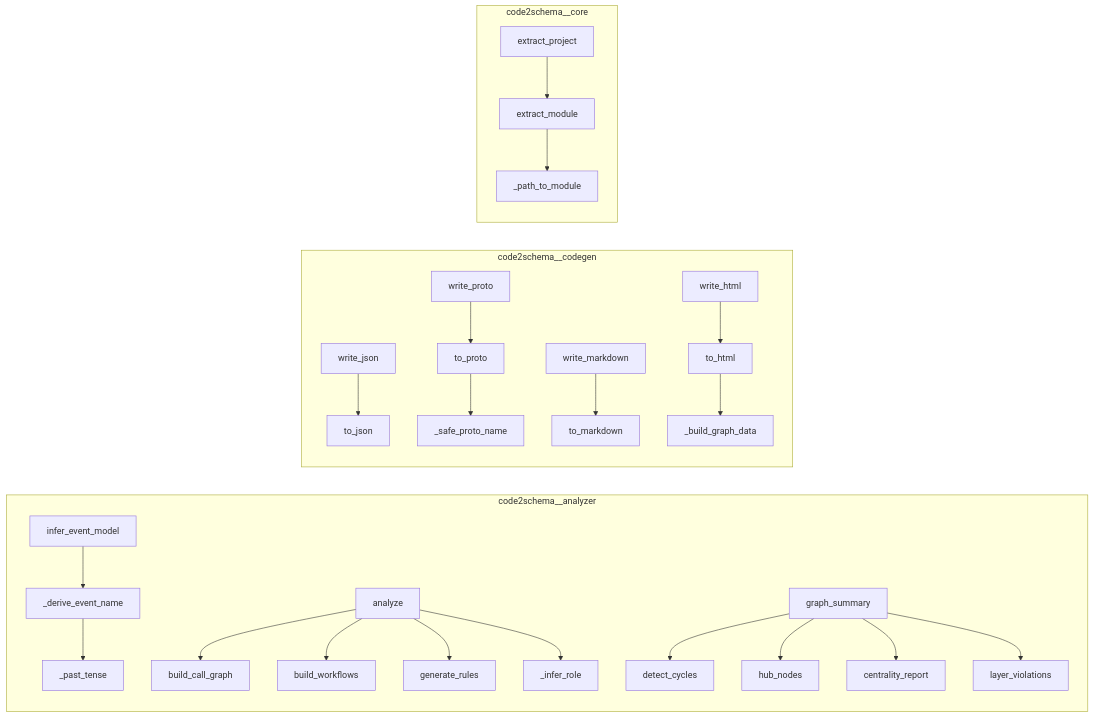
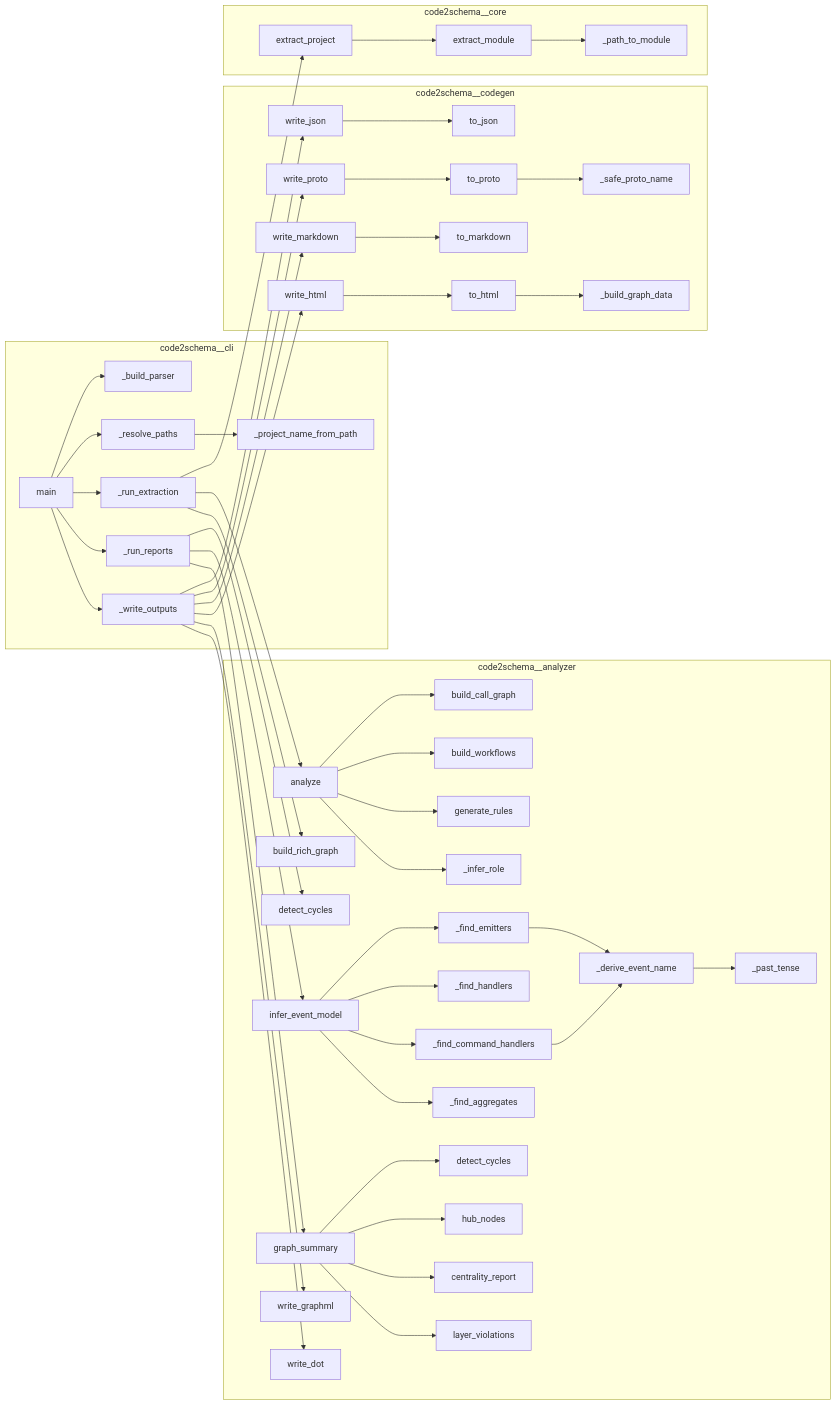
Before and after one commit to semcod/code2schema: the diagram in project/calls.mmd, drawn with Mermaid. The commit also changed 36 other files, not shown here.

```diff
--- a/project/calls.mmd
+++ b/project/calls.mmd
@@ -1,51 +1,92 @@
 flowchart LR
+%% generated in 0.00s
     subgraph code2schema__analyzer
         code2schema__analyzer__cqrs__build_call_graph["build_call_graph"]
+        code2schema__analyzer__graph__build_rich_graph["build_rich_graph"]
+        code2schema__analyzer__graph__write_dot["write_dot"]
+        code2schema__analyzer__cqrs__generate_rules["generate_rules"]
+        code2schema__analyzer__graph__centrality_report["centrality_report"]
         code2schema__analyzer__events___derive_event_name["_derive_event_name"]
+        code2schema__analyzer__events___find_command_handlers["_find_command_handlers"]
+        code2schema__analyzer__graph__layer_violations["layer_violations"]
+        code2schema__analyzer__events___find_handlers["_find_handlers"]
+        code2schema__analyzer__events__infer_event_model["infer_event_model"]
+        code2schema__analyzer__cqrs__analyze["analyze"]
+        code2schema__analyzer__graph__hub_nodes["hub_nodes"]
+        code2schema__analyzer__events___find_aggregates["_find_aggregates"]
+        code2schema__analyzer__cqrs__build_workflows["build_workflows"]
+        code2schema__analyzer__graph__detect_cycles["detect_cycles"]
+        code2schema__analyzer__graph__graph_summary["graph_summary"]
+        code2schema__analyzer__cqrs__detect_cycles["detect_cycles"]
+        code2schema__analyzer__events___find_emitters["_find_emitters"]
+        code2schema__analyzer__graph__write_graphml["write_graphml"]
         code2schema__analyzer__cqrs___infer_role["_infer_role"]
-        code2schema__analyzer__cqrs__build_workflows["build_workflows"]
-        code2schema__analyzer__events__infer_event_model["infer_event_model"]
-        code2schema__analyzer__graph__layer_violations["layer_violations"]
-        code2schema__analyzer__graph__centrality_report["centrality_report"]
-        code2schema__analyzer__graph__detect_cycles["detect_cycles"]
-        code2schema__analyzer__cqrs__generate_rules["generate_rules"]
-        code2schema__analyzer__graph__graph_summary["graph_summary"]
-        code2schema__analyzer__graph__hub_nodes["hub_nodes"]
-        code2schema__analyzer__cqrs__analyze["analyze"]
         code2schema__analyzer__events___past_tense["_past_tense"]
     end
+    subgraph code2schema__cli
+        code2schema__cli___build_parser["_build_parser"]
+        code2schema__cli___resolve_paths["_resolve_paths"]
+        code2schema__cli___project_name_from_path["_project_name_from_path"]
+        code2schema__cli___write_outputs["_write_outputs"]
+        code2schema__cli___run_extraction["_run_extraction"]
+        code2schema__cli___run_reports["_run_reports"]
+        code2schema__cli__main["main"]
+    end
     subgraph code2schema__codegen
+        code2schema__codegen__to_json["to_json"]
+        code2schema__codegen___safe_proto_name["_safe_proto_name"]
+        code2schema__codegen__write_markdown["write_markdown"]
+        code2schema__codegen__write_proto["write_proto"]
+        code2schema__codegen__to_markdown["to_markdown"]
+        code2schema__codegen__visualizer__write_html["write_html"]
+        code2schema__codegen__to_proto["to_proto"]
         code2schema__codegen__write_json["write_json"]
-        code2schema__codegen__to_proto["to_proto"]
-        code2schema__codegen__to_markdown["to_markdown"]
-        code2schema__codegen__write_markdown["write_markdown"]
-        code2schema__codegen___safe_proto_name["_safe_proto_name"]
-        code2schema__codegen__to_json["to_json"]
-        code2schema__codegen__write_proto["write_proto"]
         code2schema__codegen__visualizer__to_html["to_html"]
         code2schema__codegen__visualizer___build_graph_data["_build_graph_data"]
-        code2schema__codegen__visualizer__write_html["write_html"]
     end
     subgraph code2schema__core
-        code2schema__core__extractor__extract_project["extract_project"]
         code2schema__core__extractor__extract_module["extract_module"]
         code2schema__core__extractor___path_to_module["_path_to_module"]
+        code2schema__core__extractor__extract_project["extract_project"]
     end
-    code2schema__analyzer__events__infer_event_model --> code2schema__analyzer__events___derive_event_name
-    code2schema__analyzer__events___derive_event_name --> code2schema__analyzer__events___past_tense
     code2schema__analyzer__cqrs__analyze --> code2schema__analyzer__cqrs__build_call_graph
     code2schema__analyzer__cqrs__analyze --> code2schema__analyzer__cqrs__build_workflows
     code2schema__analyzer__cqrs__analyze --> code2schema__analyzer__cqrs__generate_rules
     code2schema__analyzer__cqrs__analyze --> code2schema__analyzer__cqrs___infer_role
     code2schema__analyzer__graph__graph_summary --> code2schema__analyzer__graph__detect_cycles
     code2schema__analyzer__graph__graph_summary --> code2schema__analyzer__graph__hub_nodes
     code2schema__analyzer__graph__graph_summary --> code2schema__analyzer__graph__centrality_report
     code2schema__analyzer__graph__graph_summary --> code2schema__analyzer__graph__layer_violations
     code2schema__core__extractor__extract_module --> code2schema__core__extractor___path_to_module
     code2schema__core__extractor__extract_project --> code2schema__core__extractor__extract_module
     code2schema__codegen__write_json --> code2schema__codegen__to_json
     code2schema__codegen__to_proto --> code2schema__codegen___safe_proto_name
     code2schema__codegen__write_proto --> code2schema__codegen__to_proto
     code2schema__codegen__write_markdown --> code2schema__codegen__to_markdown
     code2schema__codegen__visualizer__to_html --> code2schema__codegen__visualizer___build_graph_data
     code2schema__codegen__visualizer__write_html --> code2schema__codegen__visualizer__to_html
+    code2schema__cli___resolve_paths --> code2schema__cli___project_name_from_path
+    code2schema__cli___run_extraction --> code2schema__core__extractor__extract_project
+    code2schema__cli___run_extraction --> code2schema__analyzer__cqrs__analyze
+    code2schema__cli___run_extraction --> code2schema__analyzer__graph__build_rich_graph
+    code2schema__cli___run_reports --> code2schema__analyzer__cqrs__detect_cycles
+    code2schema__cli___run_reports --> code2schema__analyzer__events__infer_event_model
+    code2schema__cli___run_reports --> code2schema__analyzer__graph__graph_summary
+    code2schema__cli___write_outputs --> code2schema__codegen__write_json
+    code2schema__cli___write_outputs --> code2schema__codegen__write_proto
+    code2schema__cli___write_outputs --> code2schema__codegen__write_markdown
+    code2schema__cli___write_outputs --> code2schema__codegen__visualizer__write_html
+    code2schema__cli___write_outputs --> code2schema__analyzer__graph__write_graphml
+    code2schema__cli___write_outputs --> code2schema__analyzer__graph__write_dot
+    code2schema__cli__main --> code2schema__cli___build_parser
+    code2schema__cli__main --> code2schema__cli___resolve_paths
+    code2schema__cli__main --> code2schema__cli___run_extraction
+    code2schema__cli__main --> code2schema__cli___run_reports
+    code2schema__cli__main --> code2schema__cli___write_outputs
+    code2schema__analyzer__events___find_emitters --> code2schema__analyzer__events___derive_event_name
+    code2schema__analyzer__events___find_command_handlers --> code2schema__analyzer__events___derive_event_name
+    code2schema__analyzer__events__infer_event_model --> code2schema__analyzer__events___find_emitters
+    code2schema__analyzer__events__infer_event_model --> code2schema__analyzer__events___find_handlers
+    code2schema__analyzer__events__infer_event_model --> code2schema__analyzer__events___find_command_handlers
+    code2schema__analyzer__events__infer_event_model --> code2schema__analyzer__events___find_aggregates
+    code2schema__analyzer__events___derive_event_name --> code2schema__analyzer__events___past_tense
```
